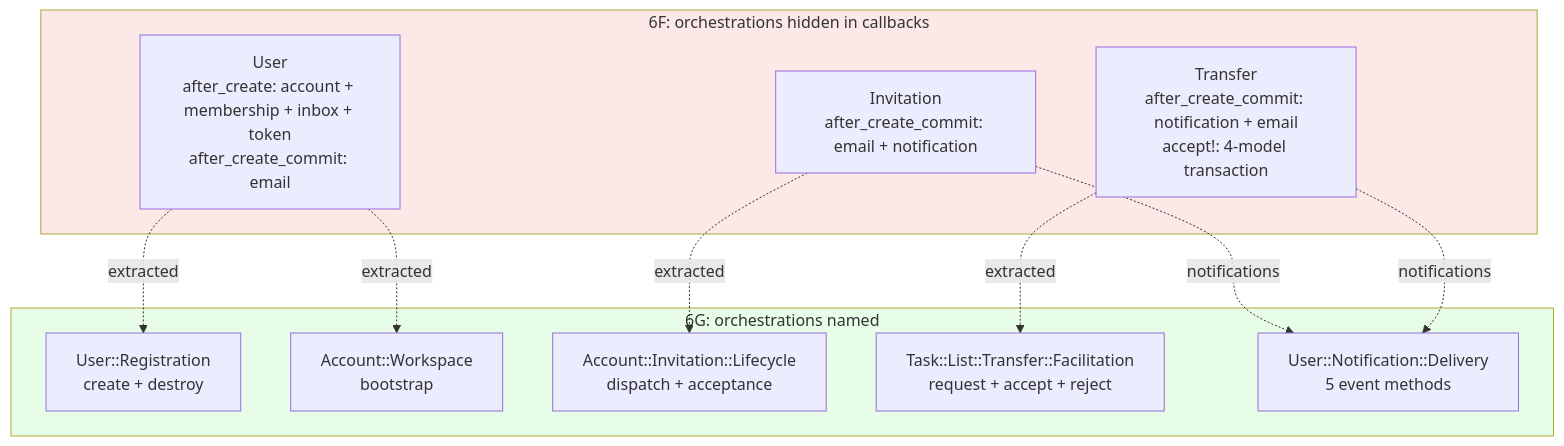
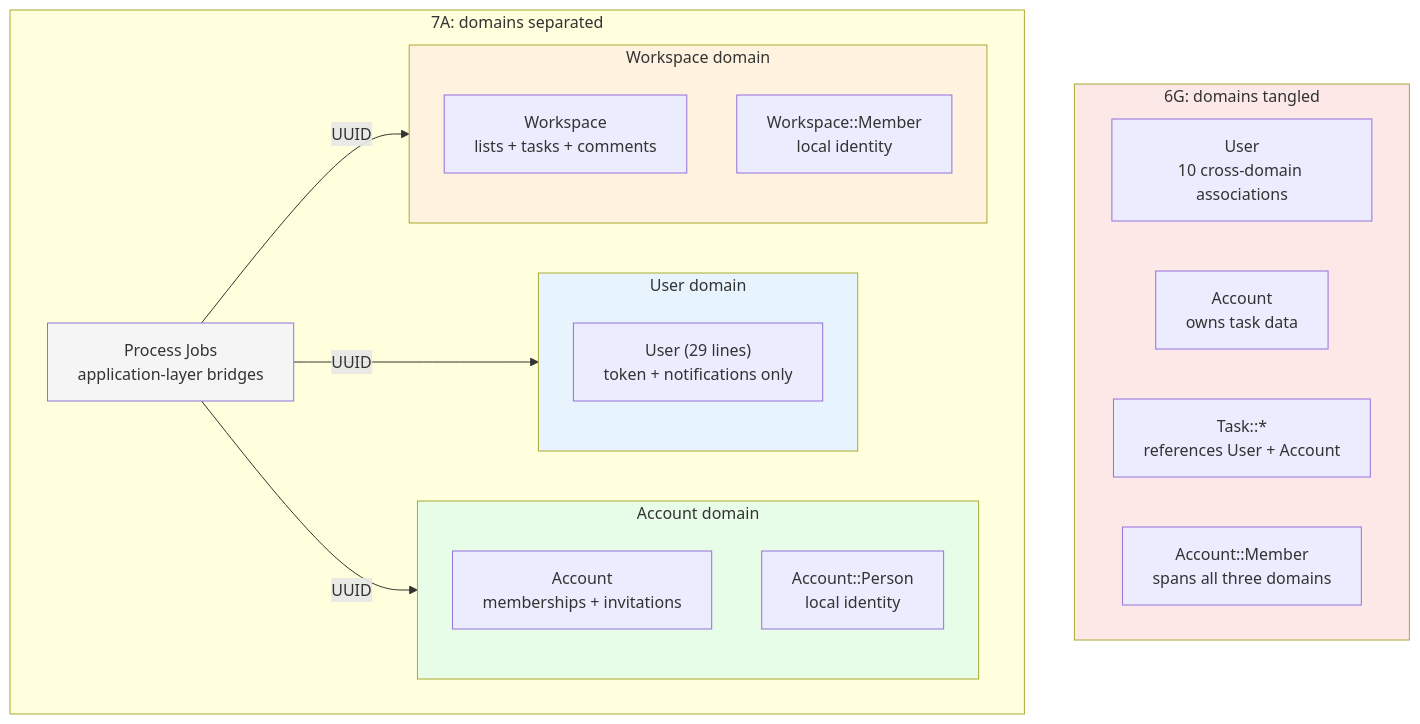
Before and after one commit to railswhey/app: the fourth of 4 diagrams in README.md, drawn with Mermaid. The commit also changed other lines of this file and 195 other files, not shown here.

Commit message:
7A: Drawing domain boundaries that models can't cross

````diff
--- a/README.md
+++ b/README.md
@@ -206,26 +234,34 @@
 ```mermaid
 flowchart TD
-  subgraph Before["6F: orchestrations hidden in callbacks"]
-    U["User<br/>after_create: account + membership + inbox + token<br/>after_create_commit: email"]
-    I["Invitation<br/>after_create_commit: email + notification"]
-    T["Transfer<br/>after_create_commit: notification + email<br/>accept!: 4-model transaction"]
+  subgraph Before["6G: domains tangled"]
+    U1["User<br/>10 cross-domain associations"]
+    A1["Account<br/>owns task data"]
+    T1["Task::*<br/>references User + Account"]
+    AM["Account::Member<br/>spans all three domains"]
   end
 
-  subgraph After["6G: orchestrations named"]
-    UR["User::Registration<br/>create + destroy"]
-    AW["Account::Workspace<br/>bootstrap"]
-    IL["Account::Invitation::Lifecycle<br/>dispatch + acceptance"]
-    TF["Task::List::Transfer::Facilitation<br/>request + accept + reject"]
-    ND["User::Notification::Delivery<br/>5 event methods"]
+  subgraph After["7A: domains separated"]
+    subgraph UserD["User domain"]
+      U2["User (29 lines)<br/>token + notifications only"]
+    end
+    subgraph AccountD["Account domain"]
+      A2["Account<br/>memberships + invitations"]
+      AP["Account::Person<br/>local identity"]
+    end
+    subgraph WorkspaceD["Workspace domain"]
+      W["Workspace<br/>lists + tasks + comments"]
+      WM["Workspace::Member<br/>local identity"]
+    end
+    PJ["Process Jobs<br/>application-layer bridges"]
   end
 
-  U -.->|"extracted"| UR
-  U -.->|"extracted"| AW
-  I -.->|"extracted"| IL
-  T -.->|"extracted"| TF
-  I -.->|"notifications"| ND
-  T -.->|"notifications"| ND
+  PJ -->|"UUID"| UserD
+  PJ -->|"UUID"| AccountD
+  PJ -->|"UUID"| WorkspaceD
 
   style Before fill:#fde8e8
-  style After fill:#e8fde8
+  style UserD fill:#e8f4fd
+  style AccountD fill:#e8fde8
+  style WorkspaceD fill:#fff3e0
+  style PJ fill:#f5f5f5
 ```
````
